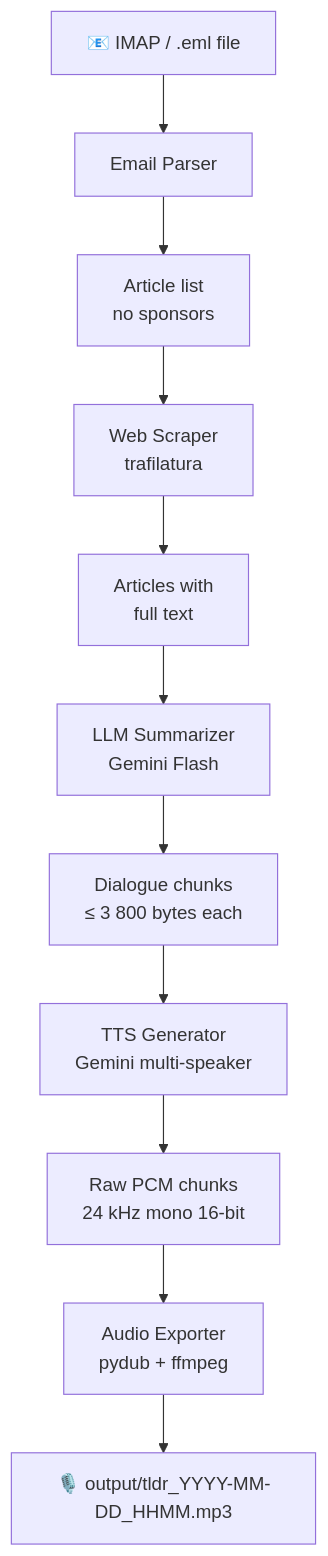
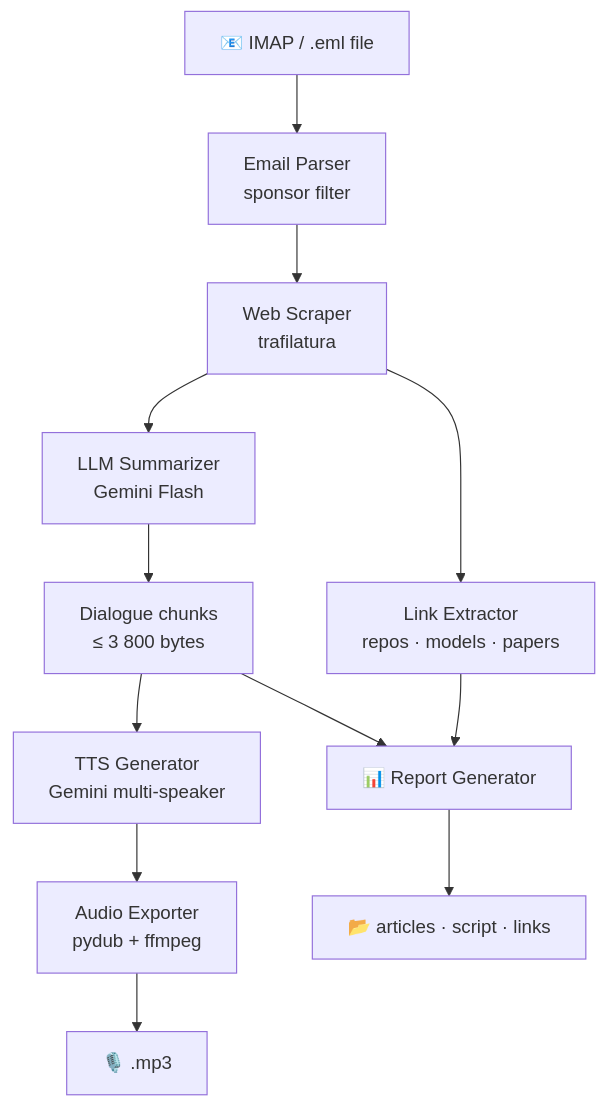
The diagram in README.md (obeone/tldr-podcast), drawn with Mermaid before and after one commit. The commit also changed other lines of this file, not shown here.

First line of the commit message:
docs(readme): update README with current features and architecture

````diff
--- a/README.md
+++ b/README.md
@@ -14,13 +14,19 @@
 ```mermaid
 flowchart TB
-    A[📧 IMAP / .eml file] --> B[Email Parser]
-    B --> C[Article list<br>no sponsors]
-    C --> D[Web Scraper<br>trafilatura]
-    D --> E[Articles with<br>full text]
-    E --> F[LLM Summarizer<br>Gemini Flash]
-    F --> G[Dialogue chunks<br>≤ 3 800 bytes each]
-    G --> H[TTS Generator<br>Gemini multi-speaker]
-    H --> I[Raw PCM chunks<br>24 kHz mono 16-bit]
-    I --> J[Audio Exporter<br>pydub + ffmpeg]
-    J --> K[🎙️ output/tldr_YYYY-MM-DD_HHMM.mp3]
+    IN[📧 IMAP / .eml file] --> EP[Email Parser<br>sponsor filter]
+    EP --> WS[Web Scraper<br>trafilatura]
+
+    WS --> LLM[LLM Summarizer<br>Gemini Flash]
+    WS --> LE[Link Extractor<br>repos · models · papers]
+
+    LLM --> DC[Dialogue chunks<br>≤ 3 800 bytes]
+
+    DC --> TTS[TTS Generator<br>Gemini multi-speaker]
+    DC --> RPT[📊 Report Generator]
+    LE --> RPT
+
+    TTS --> AE[Audio Exporter<br>pydub + ffmpeg]
+
+    AE --> MP3[🎙️ .mp3]
+    RPT --> OUT[📂 articles · script · links]
 ```
````
